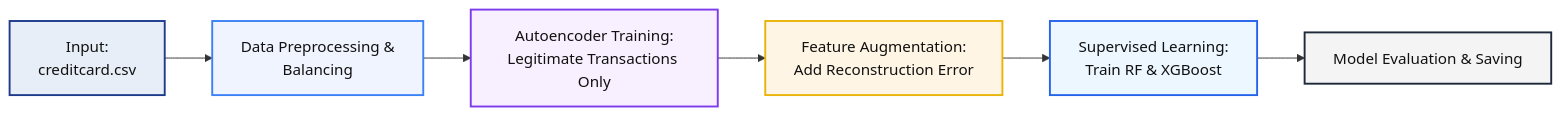
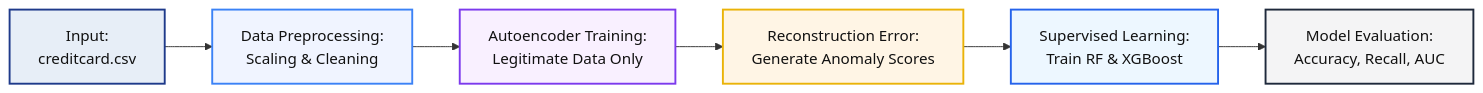
Before and after one commit to jaynakar/Hybrid-Fraud-Detection-Framework: the diagram in README.md, drawn with Mermaid. The commit also changed other lines of this file, not shown here.

````diff
--- a/README.md
+++ b/README.md
@@ -32,16 +31,16 @@
 ```mermaid
 flowchart LR
-A["Input:<br>creditcard.csv"] --> B["Data Preprocessing &<br>Balancing"]
-B --> C["Autoencoder Training:<br>Legitimate Transactions Only"]
-C --> D["Feature Augmentation:<br>Add Reconstruction Error"]
+A["Input:<br>creditcard.csv"] --> B["Data Preprocessing:<br>Scaling & Cleaning"]
+B --> C["Autoencoder Training:<br>Legitimate Data Only"]
+C --> D["Reconstruction Error:<br>Generate Anomaly Scores"]
 D --> E["Supervised Learning:<br>Train RF & XGBoost"]
-E --> F["Model Evaluation & Saving"]
+E --> F["Model Evaluation:<br>Accuracy, Recall, AUC"]
 
-%% --- Styles: professional corporate palette ---
+%% --- Professional styling ---
 style A fill:#E7EEF7,stroke:#1E3A8A,stroke-width:2px,color:#111
 style B fill:#F0F4FF,stroke:#3B82F6,stroke-width:2px,color:#111
 style C fill:#F9F0FF,stroke:#7C3AED,stroke-width:2px,color:#111
 style D fill:#FFF5E5,stroke:#EAB308,stroke-width:2px,color:#111
 style E fill:#EDF7FF,stroke:#2563EB,stroke-width:2px,color:#111
 style F fill:#F4F4F5,stroke:#1E293B,stroke-width:2px,color:#111
 ```
````
